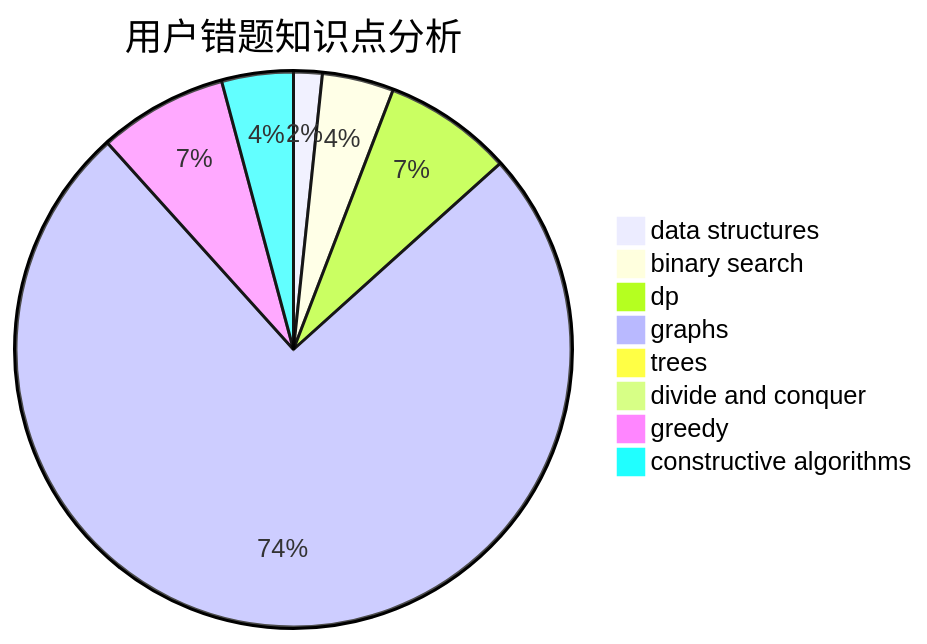
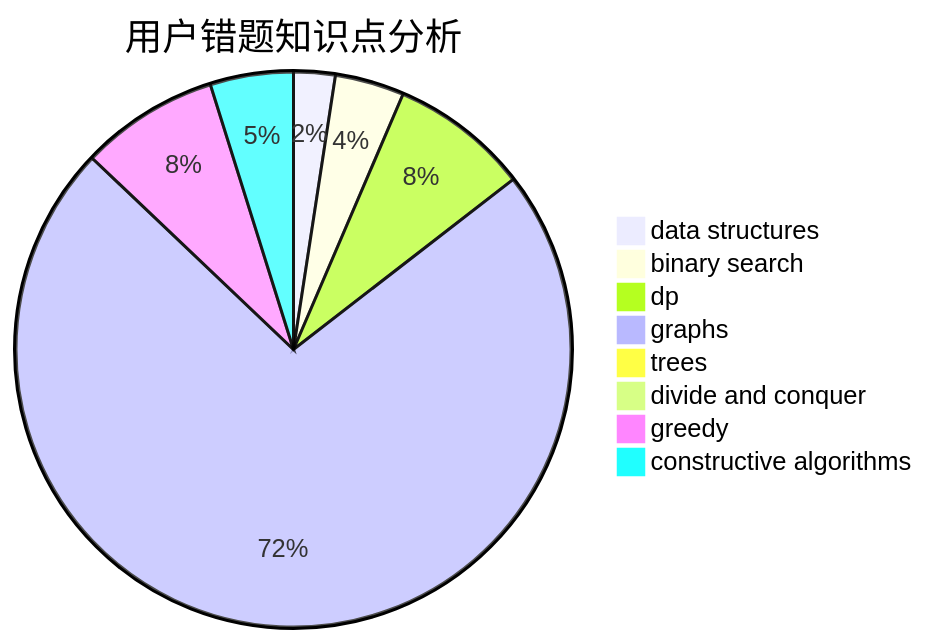
Before and after one commit to sherpahu/cfrs.github.io: the third of 3 diagrams in docs/user/u453.md, drawn with Mermaid. The commit also changed other lines of this file and 2770 other files, not shown here.

````diff
--- a/docs/user/u453.md
+++ b/docs/user/u453.md
@@ -36,11 +36,11 @@
 ```mermaid
 pie title 用户错题知识点分析
-    "data structures" :  2
+    "data structures" :  3
     "binary search" :  5
-    "dp" :  9
+    "dp" :  10
     "graphs" :  90
     "trees" :  1
     "divide and conquer" :  0
-    "greedy" :  9
-    "constructive algorithms" :  5
+    "greedy" :  10
+    "constructive algorithms" :  6
 ```
````
